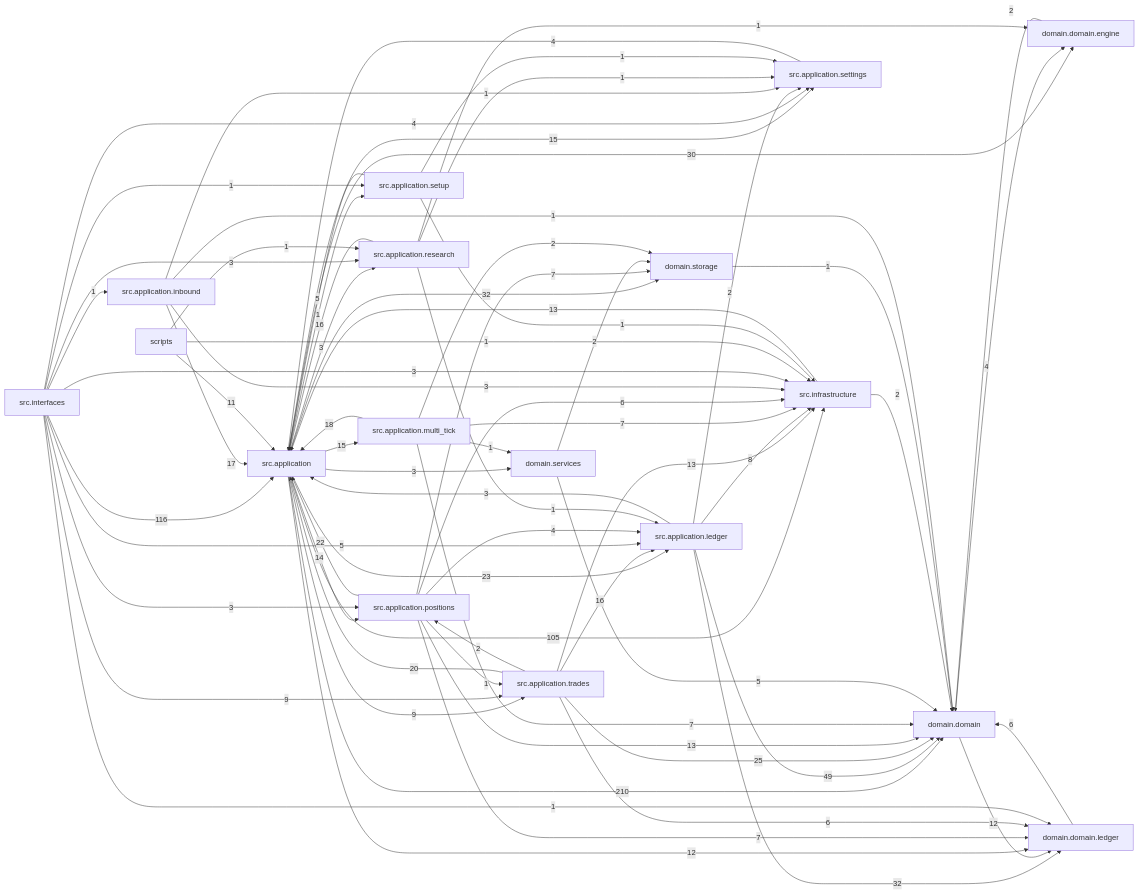
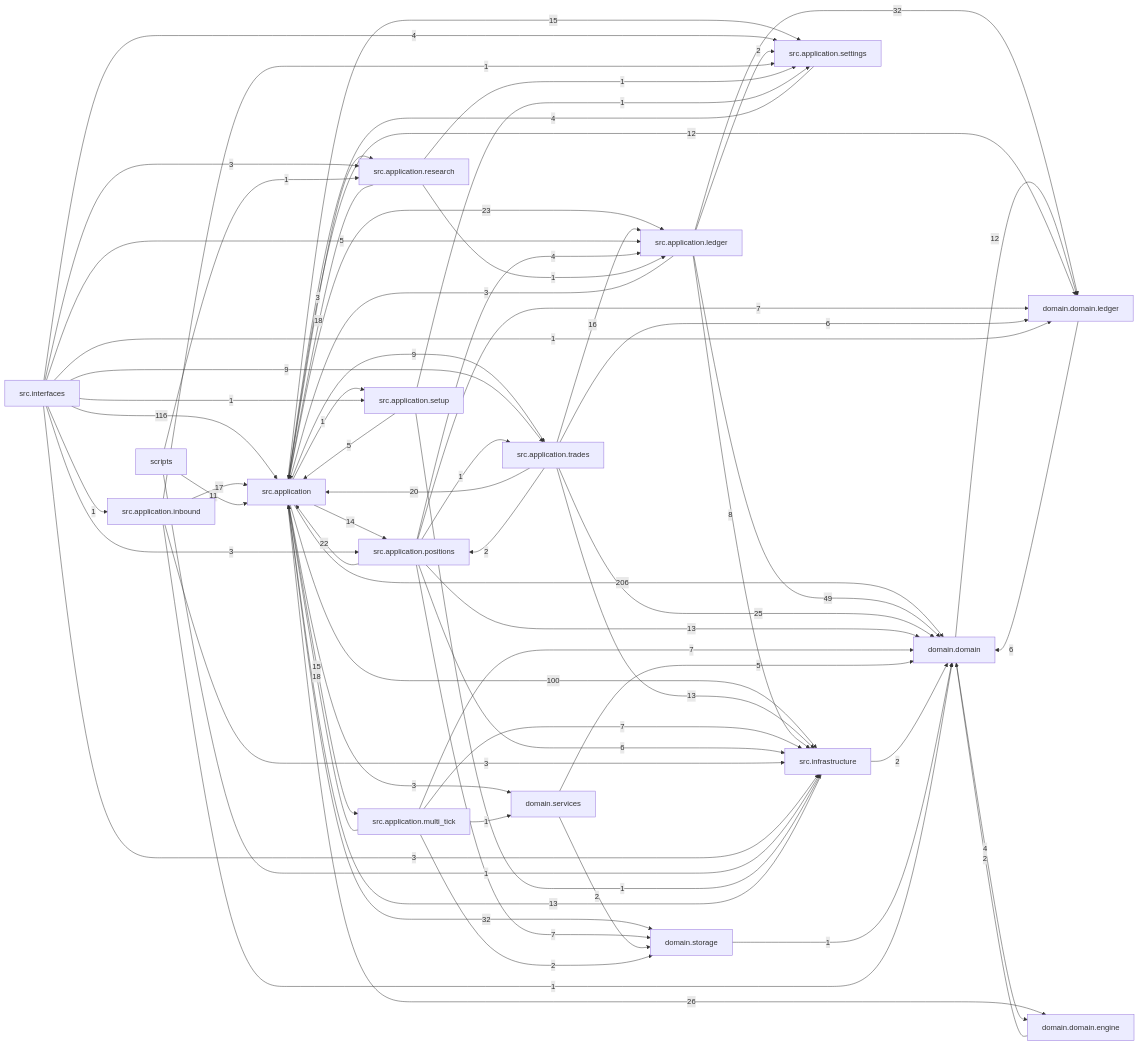
Before and after one commit to liuxie066/options-monitor: the diagram in docs/dependency_graph.mmd, drawn with Mermaid. The commit also changed 64 other files, not shown here.

```diff
--- a/docs/dependency_graph.mmd
+++ b/docs/dependency_graph.mmd
@@ -1,71 +1,70 @@
 flowchart LR
-  src_application["src.application"] -->|210| domain_domain["domain.domain"]
+  src_application["src.application"] -->|206| domain_domain["domain.domain"]
   src_interfaces["src.interfaces"] -->|116| src_application["src.application"]
-  src_application["src.application"] -->|105| src_infrastructure["src.infrastructure"]
+  src_application["src.application"] -->|100| src_infrastructure["src.infrastructure"]
   src_application_ledger["src.application.ledger"] -->|49| domain_domain["domain.domain"]
   src_application["src.application"] -->|32| domain_storage["domain.storage"]
   src_application_ledger["src.application.ledger"] -->|32| domain_domain_ledger["domain.domain.ledger"]
-  src_application["src.application"] -->|30| domain_domain_engine["domain.domain.engine"]
+  src_application["src.application"] -->|26| domain_domain_engine["domain.domain.engine"]
   src_application_trades["src.application.trades"] -->|25| domain_domain["domain.domain"]
   src_application["src.application"] -->|23| src_application_ledger["src.application.ledger"]
   src_application_positions["src.application.positions"] -->|22| src_application["src.application"]
   src_application_trades["src.application.trades"] -->|20| src_application["src.application"]
   src_application_multi_tick["src.application.multi_tick"] -->|18| src_application["src.application"]
+  src_application_research["src.application.research"] -->|18| src_application["src.application"]
   src_application_inbound["src.application.inbound"] -->|17| src_application["src.application"]
-  src_application_research["src.application.research"] -->|16| src_application["src.application"]
   src_application_trades["src.application.trades"] -->|16| src_application_ledger["src.application.ledger"]
   src_application["src.application"] -->|15| src_application_multi_tick["src.application.multi_tick"]
   src_application["src.application"] -->|15| src_application_settings["src.application.settings"]
   src_application["src.application"] -->|14| src_application_positions["src.application.positions"]
   src_application_positions["src.application.positions"] -->|13| domain_domain["domain.domain"]
   src_application_trades["src.application.trades"] -->|13| src_infrastructure["src.infrastructure"]
   src_infrastructure["src.infrastructure"] -->|13| src_application["src.application"]
   domain_domain["domain.domain"] -->|12| domain_domain_ledger["domain.domain.ledger"]
   src_application["src.application"] -->|12| domain_domain_ledger["domain.domain.ledger"]
   scripts["scripts"] -->|11| src_application["src.application"]
   src_application["src.application"] -->|9| src_application_trades["src.application.trades"]
   src_interfaces["src.interfaces"] -->|9| src_application_trades["src.application.trades"]
   src_application_ledger["src.application.ledger"] -->|8| src_infrastructure["src.infrastructure"]
   src_application_multi_tick["src.application.multi_tick"] -->|7| domain_domain["domain.domain"]
   src_application_multi_tick["src.application.multi_tick"] -->|7| src_infrastructure["src.infrastructure"]
   src_application_positions["src.application.positions"] -->|7| domain_domain_ledger["domain.domain.ledger"]
   src_application_positions["src.application.positions"] -->|7| domain_storage["domain.storage"]
   domain_domain_ledger["domain.domain.ledger"] -->|6| domain_domain["domain.domain"]
   src_application_positions["src.application.positions"] -->|6| src_infrastructure["src.infrastructure"]
   src_application_trades["src.application.trades"] -->|6| domain_domain_ledger["domain.domain.ledger"]
   domain_services["domain.services"] -->|5| domain_domain["domain.domain"]
   src_application_setup["src.application.setup"] -->|5| src_application["src.application"]
   src_interfaces["src.interfaces"] -->|5| src_application_ledger["src.application.ledger"]
   domain_domain["domain.domain"] -->|4| domain_domain_engine["domain.domain.engine"]
   src_application_positions["src.application.positions"] -->|4| src_application_ledger["src.application.ledger"]
   src_application_settings["src.application.settings"] -->|4| src_application["src.application"]
   src_interfaces["src.interfaces"] -->|4| src_application_settings["src.application.settings"]
   src_application["src.application"] -->|3| domain_services["domain.services"]
   src_application["src.application"] -->|3| src_application_research["src.application.research"]
   src_application_inbound["src.application.inbound"] -->|3| src_infrastructure["src.infrastructure"]
   src_application_ledger["src.application.ledger"] -->|3| src_application["src.application"]
   src_interfaces["src.interfaces"] -->|3| src_application_positions["src.application.positions"]
   src_interfaces["src.interfaces"] -->|3| src_application_research["src.application.research"]
   src_interfaces["src.interfaces"] -->|3| src_infrastructure["src.infrastructure"]
   domain_domain_engine["domain.domain.engine"] -->|2| domain_domain["domain.domain"]
   domain_services["domain.services"] -->|2| domain_storage["domain.storage"]
   src_application_ledger["src.application.ledger"] -->|2| src_application_settings["src.application.settings"]
   src_application_multi_tick["src.application.multi_tick"] -->|2| domain_storage["domain.storage"]
   src_application_trades["src.application.trades"] -->|2| src_application_positions["src.application.positions"]
   src_infrastructure["src.infrastructure"] -->|2| domain_domain["domain.domain"]
   domain_storage["domain.storage"] -->|1| domain_domain["domain.domain"]
   scripts["scripts"] -->|1| src_application_research["src.application.research"]
   scripts["scripts"] -->|1| src_infrastructure["src.infrastructure"]
   src_application["src.application"] -->|1| src_application_setup["src.application.setup"]
   src_application_inbound["src.application.inbound"] -->|1| domain_domain["domain.domain"]
   src_application_inbound["src.application.inbound"] -->|1| src_application_settings["src.application.settings"]
   src_application_multi_tick["src.application.multi_tick"] -->|1| domain_services["domain.services"]
   src_application_positions["src.application.positions"] -->|1| src_application_trades["src.application.trades"]
-  src_application_research["src.application.research"] -->|1| domain_domain_engine["domain.domain.engine"]
   src_application_research["src.application.research"] -->|1| src_application_ledger["src.application.ledger"]
   src_application_research["src.application.research"] -->|1| src_application_settings["src.application.settings"]
   src_application_setup["src.application.setup"] -->|1| src_application_settings["src.application.settings"]
   src_application_setup["src.application.setup"] -->|1| src_infrastructure["src.infrastructure"]
   src_interfaces["src.interfaces"] -->|1| domain_domain_ledger["domain.domain.ledger"]
   src_interfaces["src.interfaces"] -->|1| src_application_inbound["src.application.inbound"]
   src_interfaces["src.interfaces"] -->|1| src_application_setup["src.application.setup"]
```
